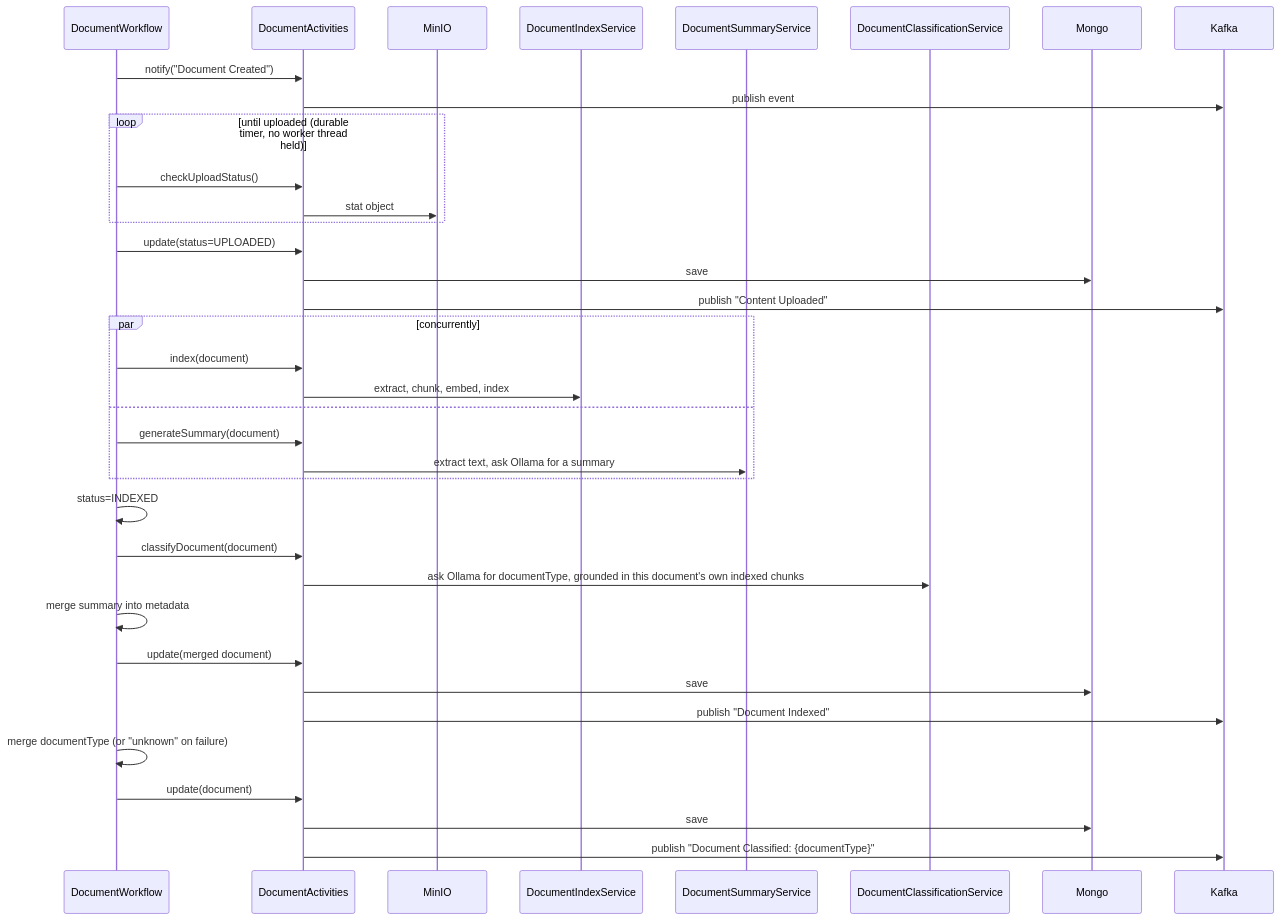
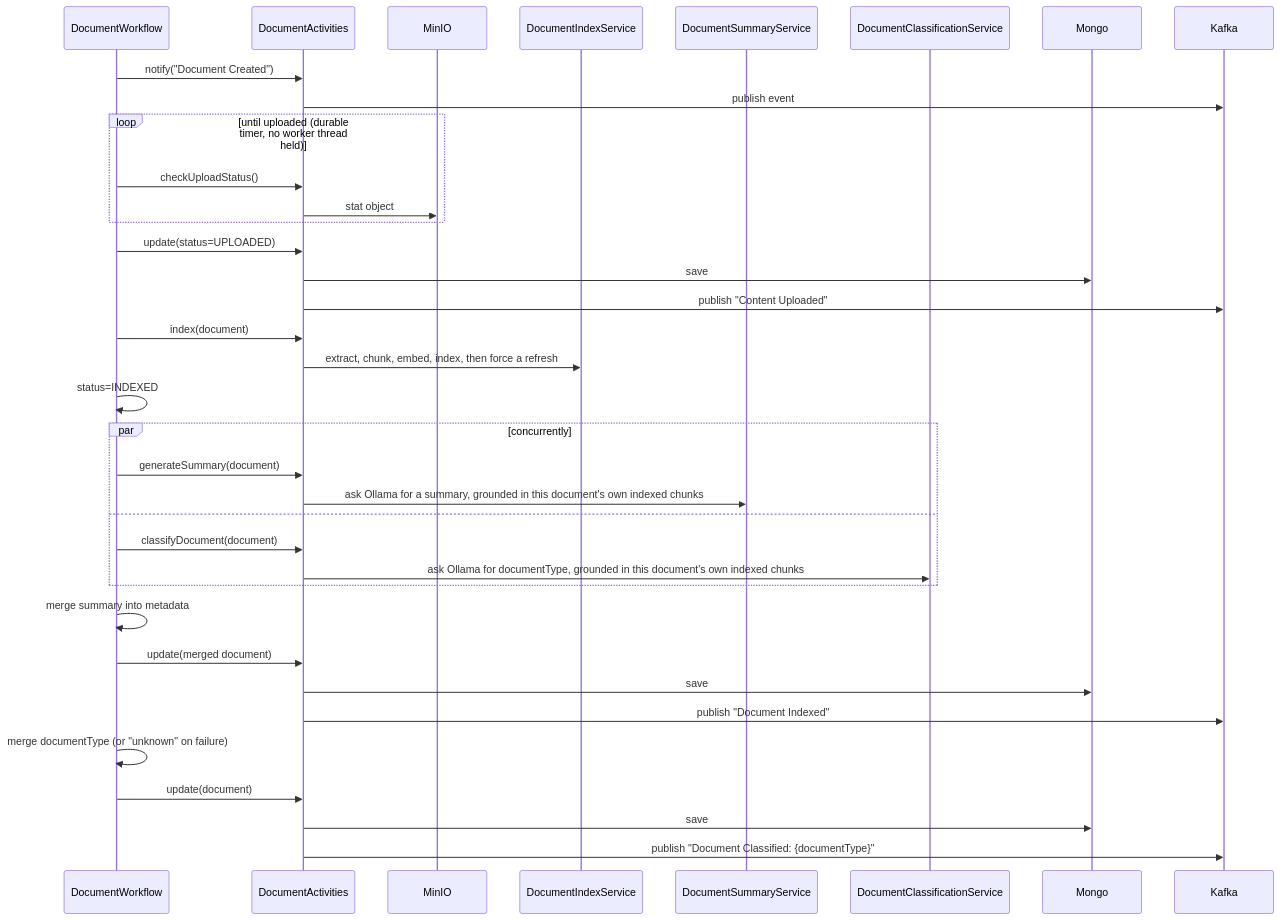
The fourth of 4 diagrams in docs/ARCHITECTURE.md (kamranzafar/docman-ai), drawn with Mermaid before and after one commit. The commit also changed other lines of this file and 12 other files, not shown here.

````diff
--- a/docs/ARCHITECTURE.md
+++ b/docs/ARCHITECTURE.md
@@ -99,39 +100,39 @@
 ```mermaid
 sequenceDiagram
     participant WF as DocumentWorkflow
     participant Act as DocumentActivities
     participant MinIO
     participant Idx as DocumentIndexService
     participant Sum as DocumentSummaryService
     participant Cls as DocumentClassificationService
     participant Mongo
     participant Kafka
 
     WF->>Act: notify("Document Created")
     Act->>Kafka: publish event
     loop until uploaded (durable timer, no worker thread held)
         WF->>Act: checkUploadStatus()
         Act->>MinIO: stat object
     end
     WF->>Act: update(status=UPLOADED)
     Act->>Mongo: save
     Act->>Kafka: publish "Content Uploaded"
+    WF->>Act: index(document)
+    Act->>Idx: extract, chunk, embed, index, then force a refresh
+    WF->>WF: status=INDEXED
     par concurrently
-        WF->>Act: index(document)
-        Act->>Idx: extract, chunk, embed, index
+        WF->>Act: generateSummary(document)
+        Act->>Sum: ask Ollama for a summary, grounded in this document's own indexed chunks
     and
-        WF->>Act: generateSummary(document)
-        Act->>Sum: extract text, ask Ollama for a summary
+        WF->>Act: classifyDocument(document)
+        Act->>Cls: ask Ollama for documentType, grounded in this document's own indexed chunks
     end
-    WF->>WF: status=INDEXED
-    WF->>Act: classifyDocument(document)
-    Act->>Cls: ask Ollama for documentType, grounded in this document's own indexed chunks
     WF->>WF: merge summary into metadata
     WF->>Act: update(merged document)
     Act->>Mongo: save
     Act->>Kafka: publish "Document Indexed"
     WF->>WF: merge documentType (or "unknown" on failure)
     WF->>Act: update(document)
     Act->>Mongo: save
     Act->>Kafka: publish "Document Classified: {documentType}"
 ```
````
